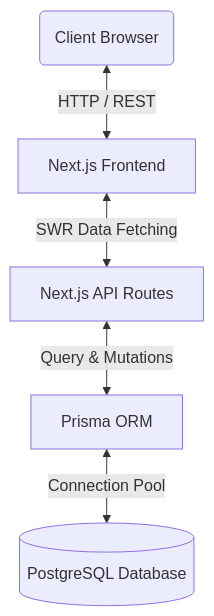
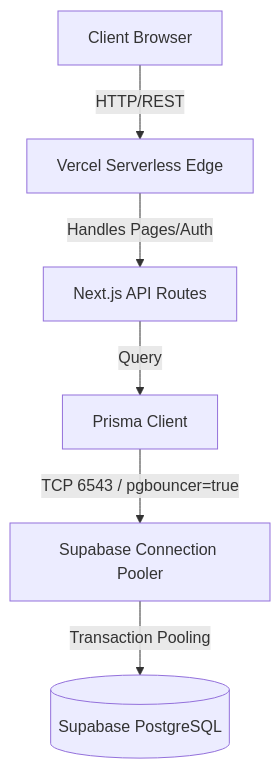
One commit to sachhu04/TransitOps changed the first of 2 diagrams in README.md. Above: the diagram before and after it, drawn with Mermaid. The commit also changed other lines of this file and 2 other files, not shown here.

````diff
--- a/README.md
+++ b/README.md
@@ -76,13 +32,15 @@
 ```mermaid
 graph TD
-    Client(Client Browser)
-    NextJS[Next.js Frontend]
+    Client[Client Browser]
+    Vercel[Vercel Serverless Edge]
     NextAPI[Next.js API Routes]
-    Prisma[Prisma ORM]
-    PostgreSQL[(PostgreSQL Database)]
+    Prisma[Prisma Client]
+    PgBouncer[Supabase Connection Pooler]
+    DB[(Supabase PostgreSQL)]
 
-    Client <-->|HTTP / REST| NextJS
-    NextJS <-->|SWR Data Fetching| NextAPI
-    NextAPI <-->|Query & Mutations| Prisma
-    Prisma <-->|Connection Pool| PostgreSQL
+    Client -->|HTTP/REST| Vercel
+    Vercel -->|Handles Pages/Auth| NextAPI
+    NextAPI -->|Query| Prisma
+    Prisma -->|TCP 6543 / pgbouncer=true| PgBouncer
+    PgBouncer -->|Transaction Pooling| DB
 ```
````
